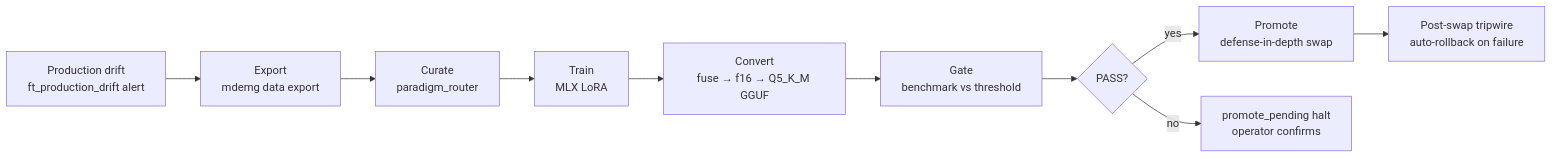
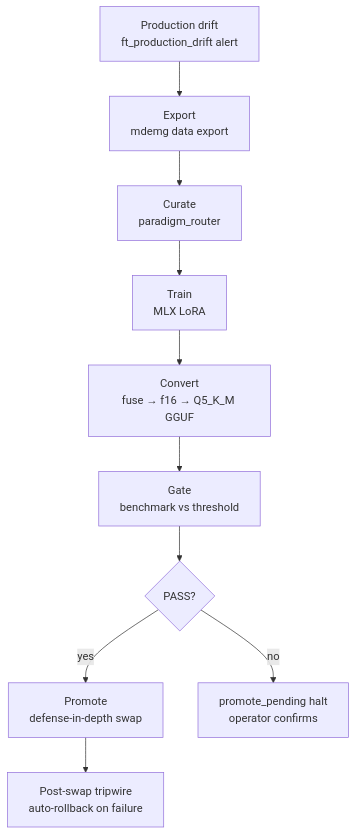
One commit to reh3376/mdemg changed diagram 12 of 22 in docs/onboarding/mdemg-onboarding-deck.md. Above: the diagram before and after it, drawn with Mermaid. The commit also changed other lines of this file and 31 other files, not shown here.

````diff
--- a/docs/onboarding/mdemg-onboarding-deck.md
+++ b/docs/onboarding/mdemg-onboarding-deck.md
@@ -1125,12 +1125,12 @@
 ```mermaid
-flowchart LR
+flowchart TD
   PD[Production drift<br/>ft_production_drift alert] --> EX[Export<br/>mdemg data export]
   EX --> CU[Curate<br/>paradigm_router]
   CU --> TR[Train<br/>MLX LoRA]
   TR --> CV[Convert<br/>fuse → f16 → Q5_K_M GGUF]
   CV --> GT[Gate<br/>benchmark vs threshold]
   GT --> PR{PASS?}
   PR -->|yes| PROM[Promote<br/>defense-in-depth swap]
   PR -->|no| HALT[promote_pending halt<br/>operator confirms]
   PROM --> TW[Post-swap tripwire<br/>auto-rollback on failure]
 ```
````
